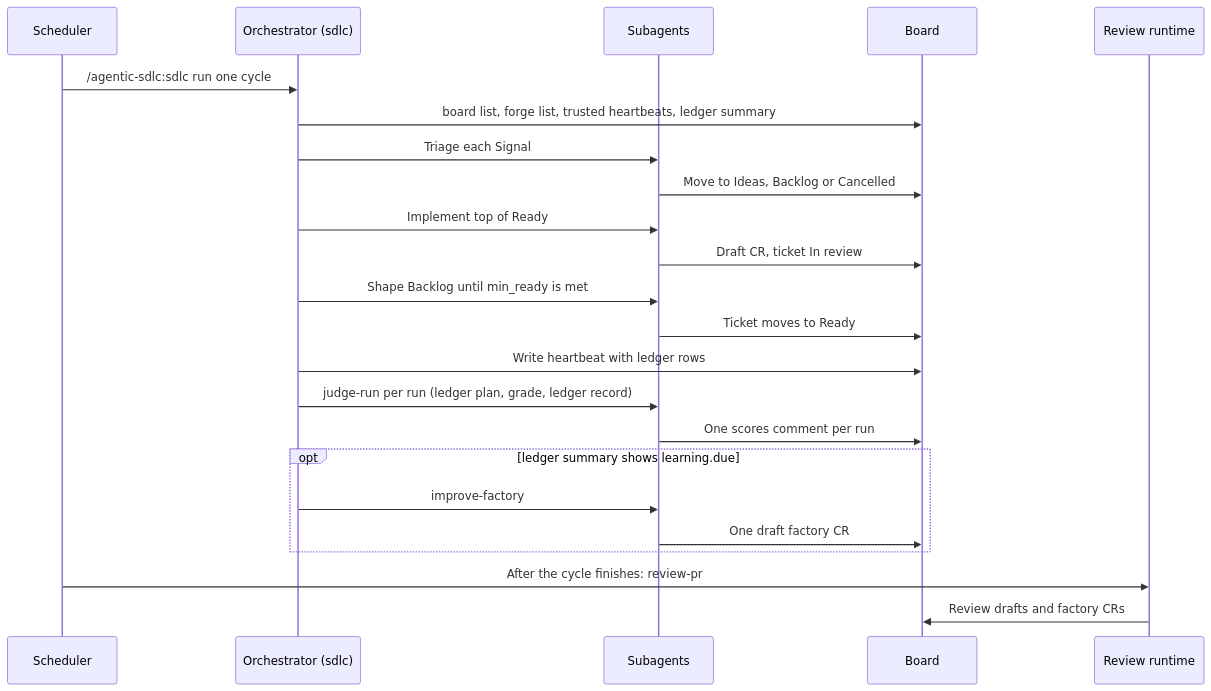
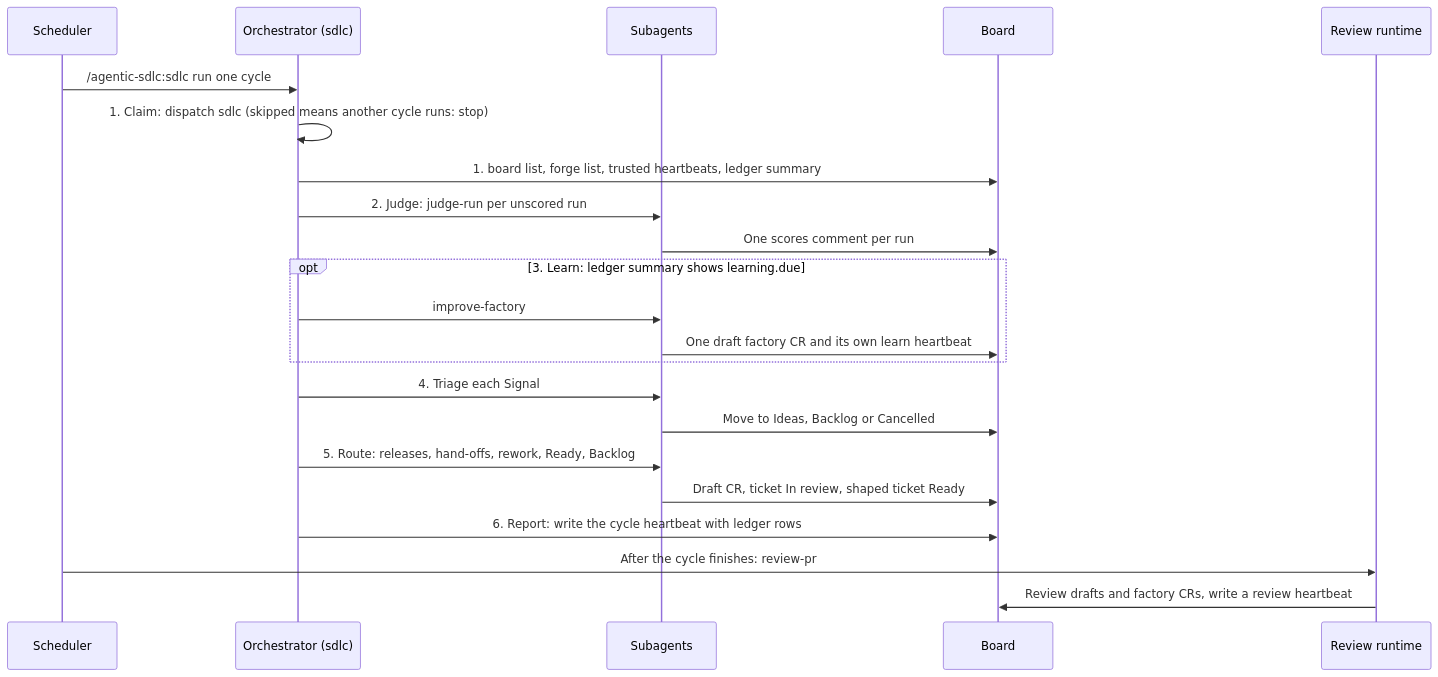
Before and after one commit to dmitriywind/agentic-sdlc: the second of 9 diagrams in docs/architecture/flows.md, drawn with Mermaid. The commit also changed other lines of this file and 15 other files, not shown here.

Commit message:
learning off at budget 0 (template default); stress test round 2 record; roadmap

````diff
--- a/docs/architecture/flows.md
+++ b/docs/architecture/flows.md
@@ -51,25 +51,24 @@
 ```mermaid
 sequenceDiagram
   participant S as Scheduler
   participant O as Orchestrator (sdlc)
   participant W as Subagents
   participant B as Board
   participant R as Review runtime
   S->>O: /agentic-sdlc:sdlc run one cycle
-  O->>B: board list, forge list, trusted heartbeats, ledger summary
-  O->>W: Triage each Signal
+  O->>O: 1. Claim: dispatch sdlc (skipped means another cycle runs: stop)
+  O->>B: 1. board list, forge list, trusted heartbeats, ledger summary
+  O->>W: 2. Judge: judge-run per unscored run
+  W->>B: One scores comment per run
+  opt 3. Learn: ledger summary shows learning.due
+    O->>W: improve-factory
+    W->>B: One draft factory CR and its own learn heartbeat
+  end
+  O->>W: 4. Triage each Signal
   W->>B: Move to Ideas, Backlog or Cancelled
-  O->>W: Implement top of Ready
-  W->>B: Draft CR, ticket In review
-  O->>W: Shape Backlog until min_ready is met
-  W->>B: Ticket moves to Ready
-  O->>B: Write heartbeat with ledger rows
-  O->>W: judge-run per run (ledger plan, grade, ledger record)
-  W->>B: One scores comment per run
-  opt ledger summary shows learning.due
-    O->>W: improve-factory
-    W->>B: One draft factory CR
-  end
+  O->>W: 5. Route: releases, hand-offs, rework, Ready, Backlog
+  W->>B: Draft CR, ticket In review, shaped ticket Ready
+  O->>B: 6. Report: write the cycle heartbeat with ledger rows
   S->>R: After the cycle finishes: review-pr
-  R->>B: Review drafts and factory CRs
+  R->>B: Review drafts and factory CRs, write a review heartbeat
 ```
````
